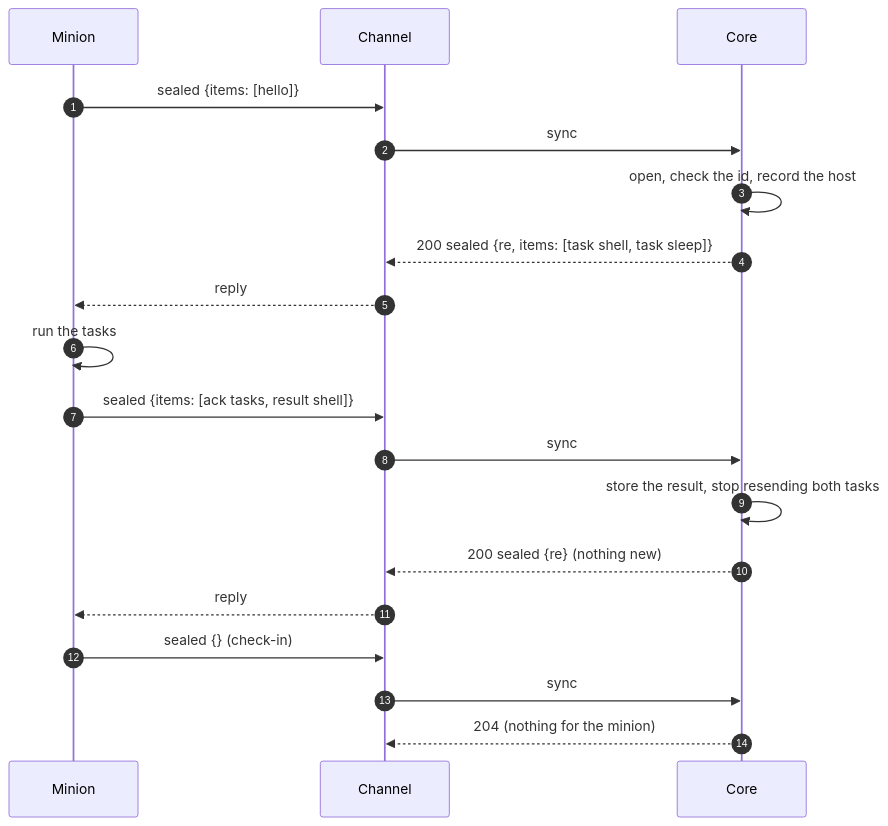
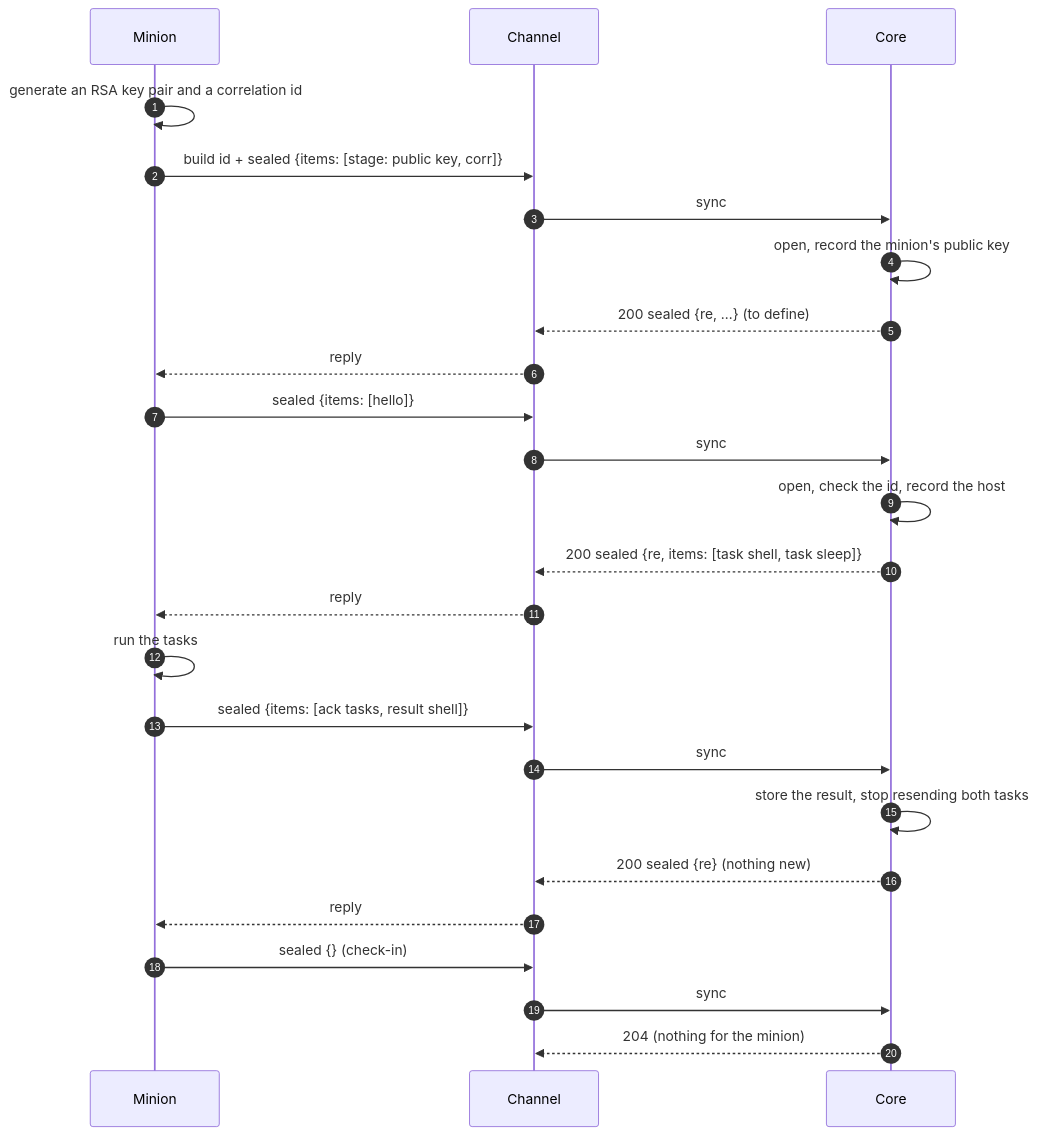
One commit to LogosCore/logos-docs changed the diagram in src/content/docs/contracts/minion-messages.md. Above: the diagram before and after it, drawn with Mermaid. The commit also changed other lines of this file, not shown here.

First line of the commit message:
Minion Messages (Draft): staging, the minion's first message with its RSA public key and a correlation id

````diff
--- a/src/content/docs/contracts/minion-messages.md
+++ b/src/content/docs/contracts/minion-messages.md
@@ -213,22 +237,28 @@
 ```mermaid
 sequenceDiagram
     autonumber
     participant M as Minion
     participant CH as Channel
     participant C as Core
 
+    M->>M: generate an RSA key pair and a correlation id
+    M->>CH: build id + sealed {items: [stage: public key, corr]}
+    CH->>C: sync
+    C->>C: open, record the minion's public key
+    C-->>CH: 200 sealed {re, …} (to define)
+    CH-->>M: reply
     M->>CH: sealed {items: [hello]}
     CH->>C: sync
     C->>C: open, check the id, record the host
     C-->>CH: 200 sealed {re, items: [task shell, task sleep]}
     CH-->>M: reply
     M->>M: run the tasks
     M->>CH: sealed {items: [ack tasks, result shell]}
     CH->>C: sync
     C->>C: store the result, stop resending both tasks
     C-->>CH: 200 sealed {re} (nothing new)
     CH-->>M: reply
     M->>CH: sealed {} (check-in)
     CH->>C: sync
     C-->>CH: 204 (nothing for the minion)
 ```
````
